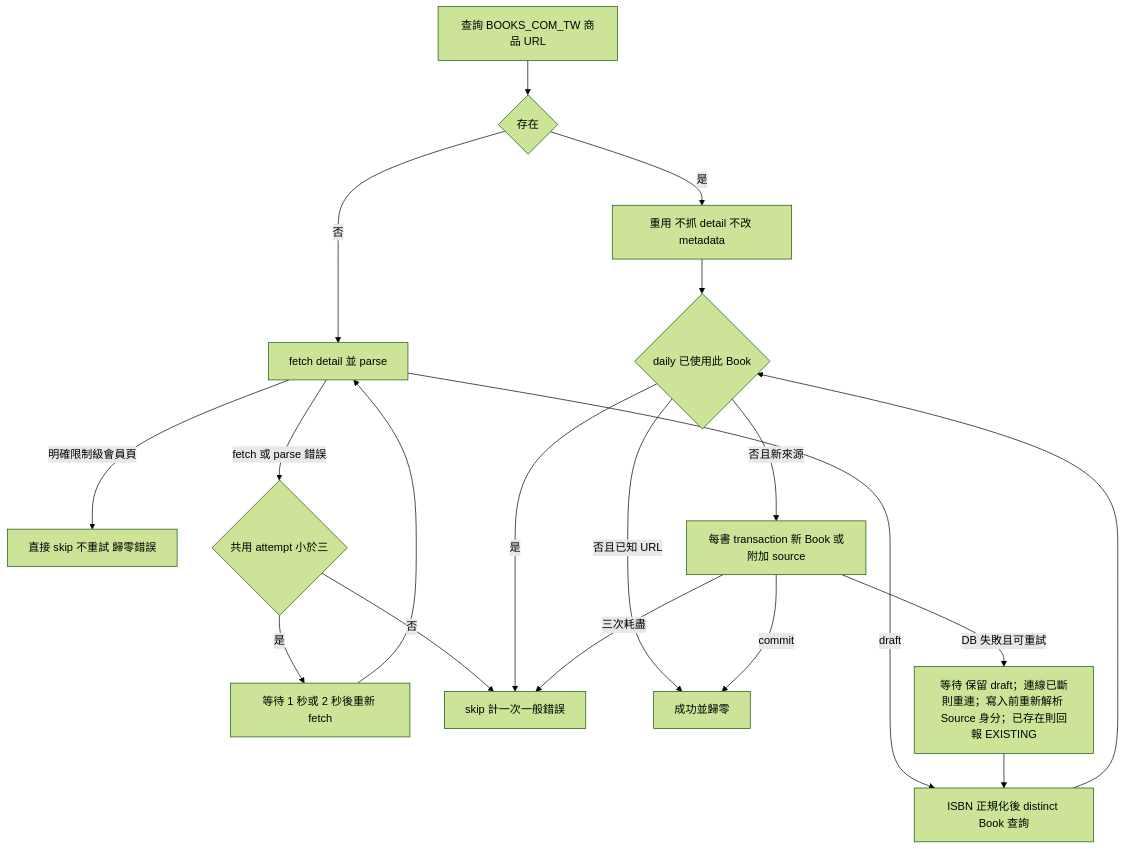
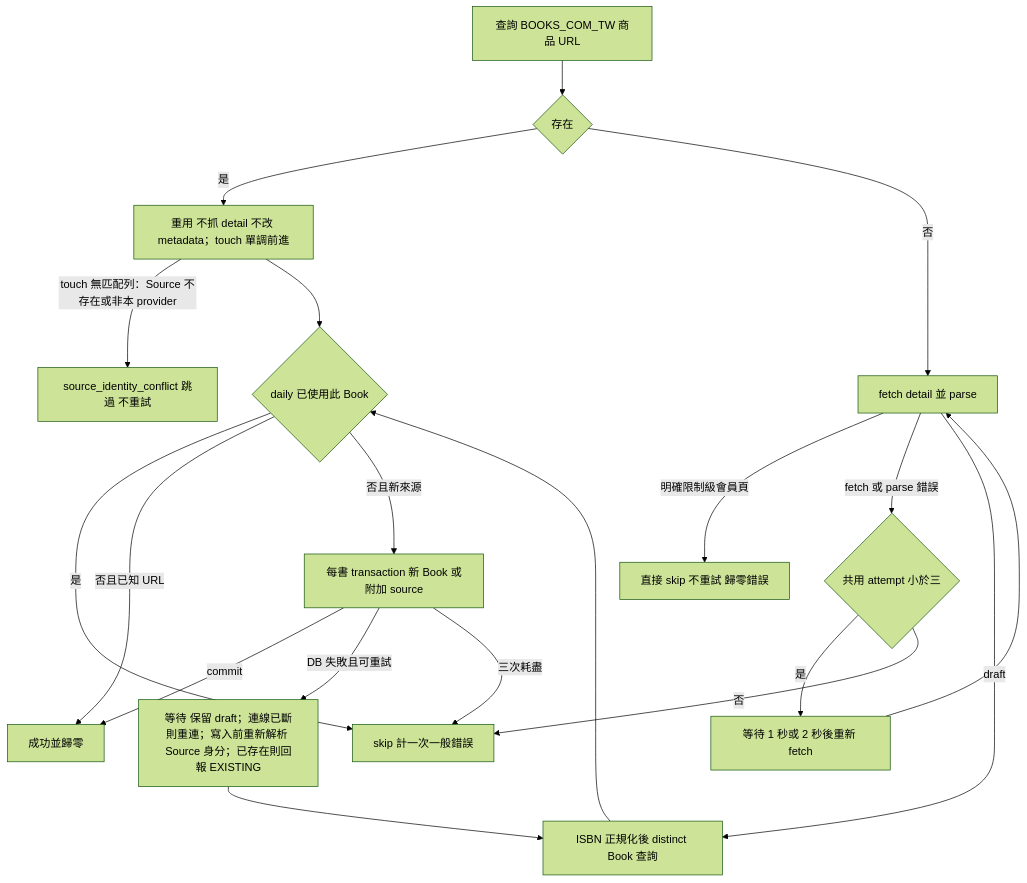
One commit to Arthur801/Book-Finder changed the second of 4 diagrams in crawler/docs/workflow-diagram.md. Above: the diagram before and after it, drawn with Mermaid (forest theme). The commit also changed other lines of this file and 16 other files, not shown here.

````diff
--- a/crawler/docs/workflow-diagram.md
+++ b/crawler/docs/workflow-diagram.md
@@ -44,21 +44,22 @@
 ```mermaid
 flowchart TD
  A[查詢 BOOKS_COM_TW 商品 URL] --> B{存在}
- B -->|是| C[重用 不抓 detail 不改 metadata]
+ B -->|是| C[重用 不抓 detail 不改 metadata；touch 單調前進]
+ C -->|touch 無匹配列：Source 不存在或非本 provider| N[source_identity_conflict 跳過 不重試]
  B -->|否| D[fetch detail 並 parse]
  D -->|明確限制級會員頁| E[直接 skip 不重試 歸零錯誤]
  D -->|fetch 或 parse 錯誤| F{共用 attempt 小於三}
  F -->|是| G[等待 1 秒或 2 秒後重新 fetch]
  G --> D
  F -->|否| H[skip 計一次一般錯誤]
  D -->|draft| I[ISBN 正規化後 distinct Book 查詢]
  C --> J{daily 已使用此 Book}
  I --> J
  J -->|是| H
  J -->|否且已知 URL| K[成功並歸零]
  J -->|否且新來源| L[每書 transaction 新 Book 或附加 source]
  L -->|commit| K
  L -->|DB 失敗且可重試| M[等待 保留 draft；連線已斷則重連；寫入前重新解析 Source 身分；已存在則回報 EXISTING]
  M --> I
  L -->|三次耗盡| H
 ```
````
